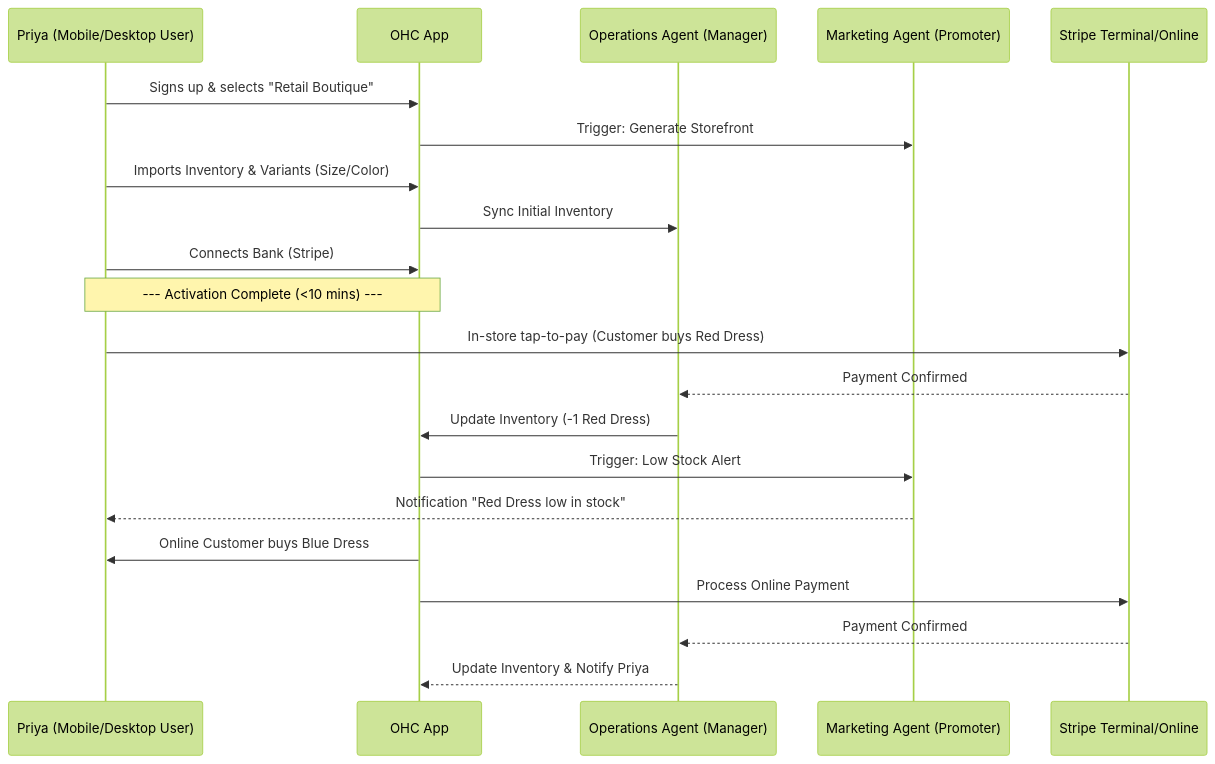
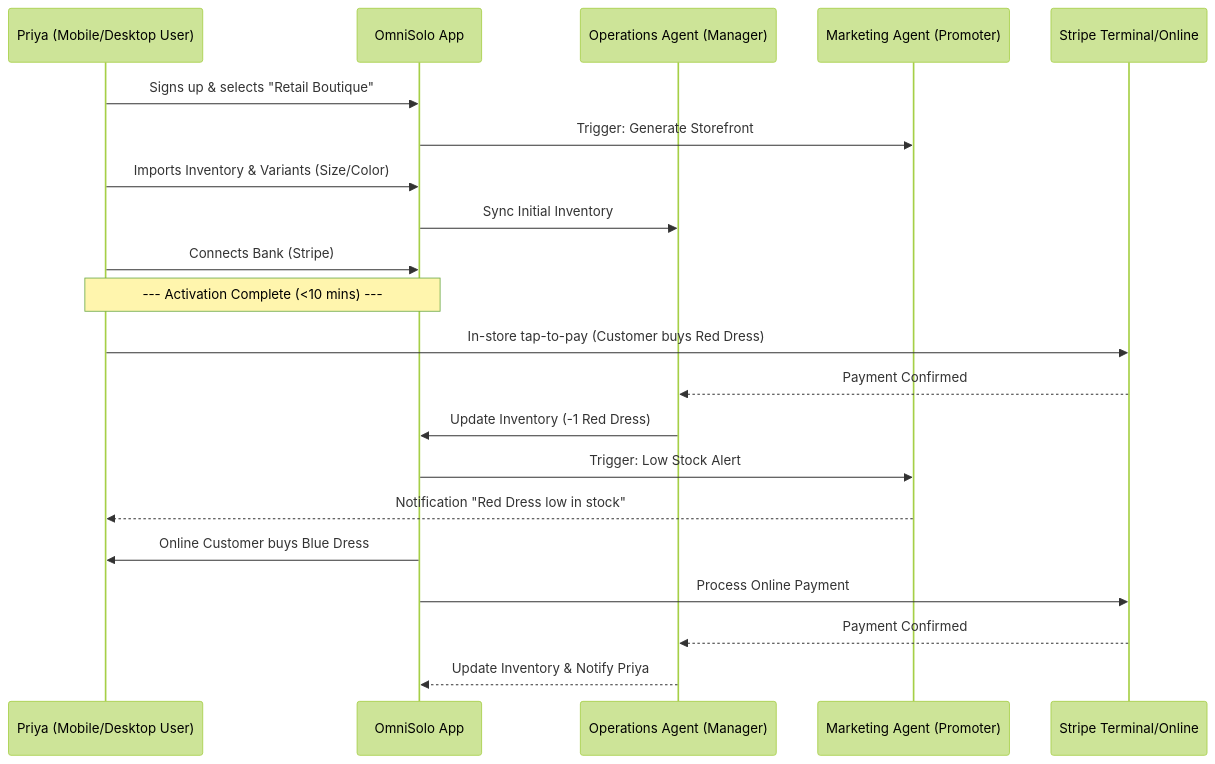
The third of 5 diagrams in docs/research/[architecture]_business_journey_design.md (omnisolo-llc/onehumancorp), drawn with Mermaid (forest theme) before and after one commit. The commit also changed other lines of this file and 2191 other files, not shown here.

Commit message:
feat: complete OmniSolo rename and browser audit

````diff
--- a/docs/research/[architecture]_business_journey_design.md
+++ b/docs/research/[architecture]_business_journey_design.md
@@ -109,25 +109,25 @@
 ```mermaid
 sequenceDiagram
     participant P as Priya (Mobile/Desktop User)
-    participant App as OHC App
+    participant App as OmniSolo App
     participant Op as Operations Agent (Manager)
     participant MA as Marketing Agent (Promoter)
     participant Stripe as Stripe Terminal/Online
 
     P->>App: Signs up & selects "Retail Boutique"
     App->>MA: Trigger: Generate Storefront
     P->>App: Imports Inventory & Variants (Size/Color)
     App->>Op: Sync Initial Inventory
     P->>App: Connects Bank (Stripe)
     Note over P, App: --- Activation Complete (<10 mins) ---
 
     P->>Stripe: In-store tap-to-pay (Customer buys Red Dress)
     Stripe-->>Op: Payment Confirmed
     Op->>App: Update Inventory (-1 Red Dress)
     App->>MA: Trigger: Low Stock Alert
     MA-->>P: Notification "Red Dress low in stock"
     App->>P: Online Customer buys Blue Dress
     App->>Stripe: Process Online Payment
     Stripe-->>Op: Payment Confirmed
     Op-->>App: Update Inventory & Notify Priya
 ```
````
